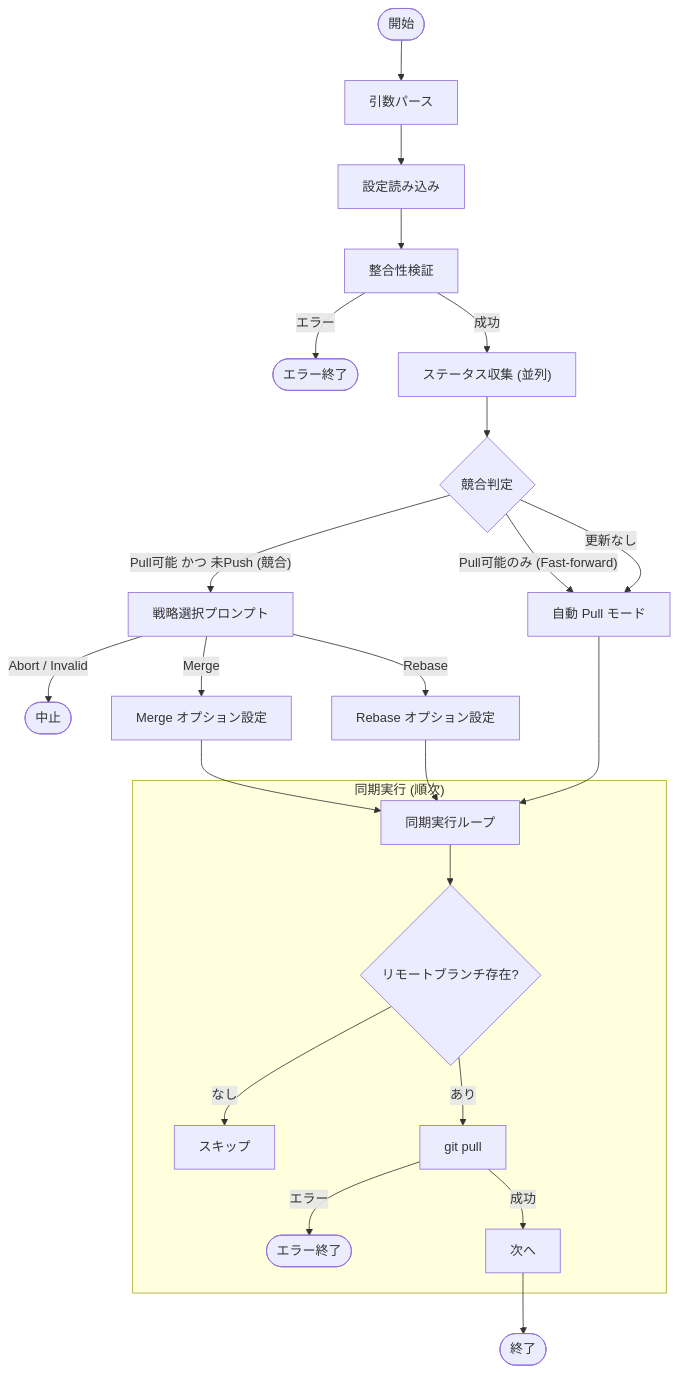
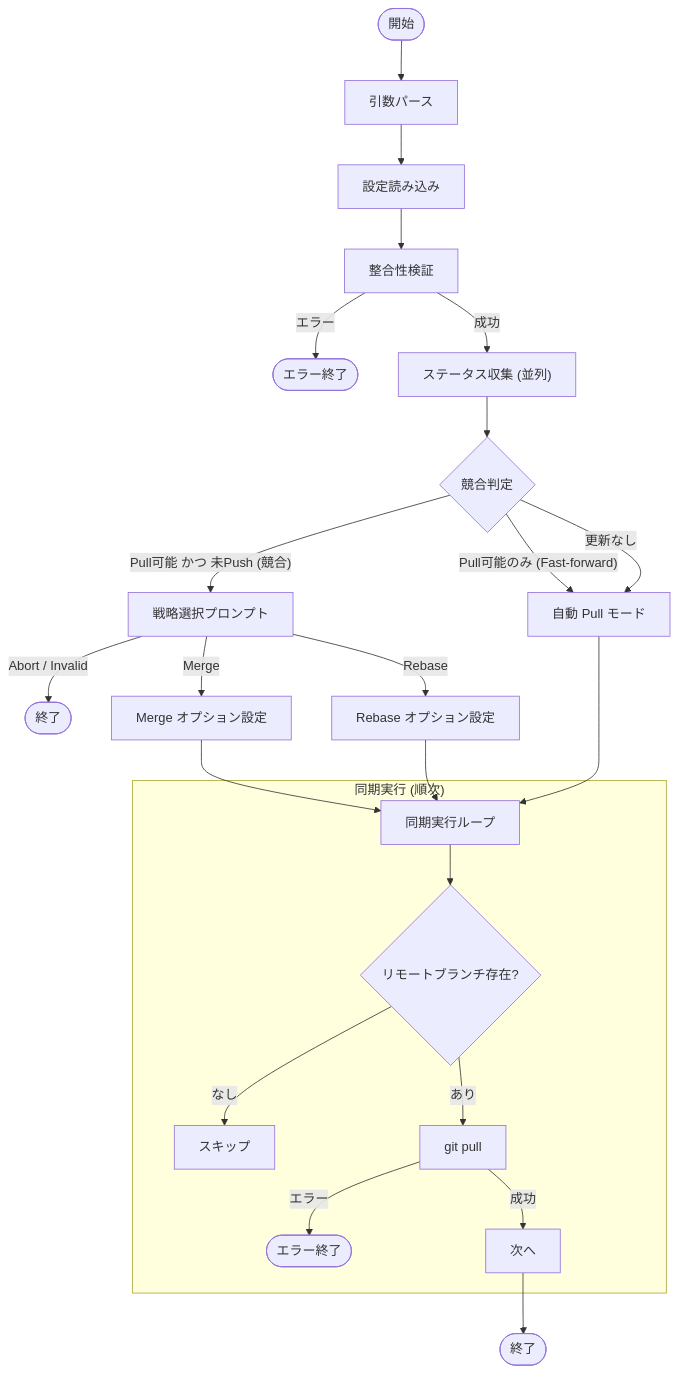
One commit to keiji/mistletoe changed the diagram in docs/internal/app/sync.md. Above: the diagram before and after it, drawn with Mermaid. The commit also changed other lines of this file and 7 other files, not shown here.

````diff
--- a/docs/internal/app/sync.md
+++ b/docs/internal/app/sync.md
@@ -26,34 +26,34 @@
 ```mermaid
 flowchart TD
     Start(["開始"]) --> ParseArgs["引数パース"]
     ParseArgs --> LoadConfig["設定読み込み"]
     LoadConfig --> ValidateIntegrity["整合性検証"]
 
     ValidateIntegrity -- "エラー" --> ErrorExit(["エラー終了"])
     ValidateIntegrity -- "成功" --> CollectStatus["ステータス収集 (並列)"]
 
     CollectStatus --> Analyze{"競合判定"}
 
     Analyze -- "Pull可能 かつ 未Push (競合)" --> Prompt["戦略選択プロンプト"]
     Analyze -- "Pull可能のみ (Fast-forward)" --> AutoPull["自動 Pull モード"]
     Analyze -- "更新なし" --> AutoPull
 
-    Prompt -- "Abort / Invalid" --> Stop(["中止"])
+    Prompt -- "Abort / Invalid" --> Stop(["終了"])
     Prompt -- "Merge" --> SetMerge["Merge オプション設定"]
     Prompt -- "Rebase" --> SetRebase["Rebase オプション設定"]
 
     SetMerge --> ExecLoop["同期実行ループ"]
     SetRebase --> ExecLoop
     AutoPull --> ExecLoop
 
     subgraph "同期実行 (順次)"
         ExecLoop --> CheckRemote{"リモートブランチ存在?"}
         CheckRemote -- "なし" --> Skip["スキップ"]
         CheckRemote -- "あり" --> GitPull["git pull <args>"]
 
         GitPull -- "エラー" --> ErrorPull(["エラー終了"])
         GitPull -- "成功" --> Next["次へ"]
     end
 
     Next --> End(["終了"])
 ```
````
